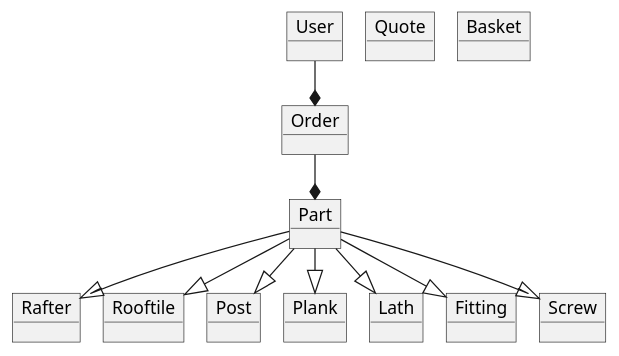
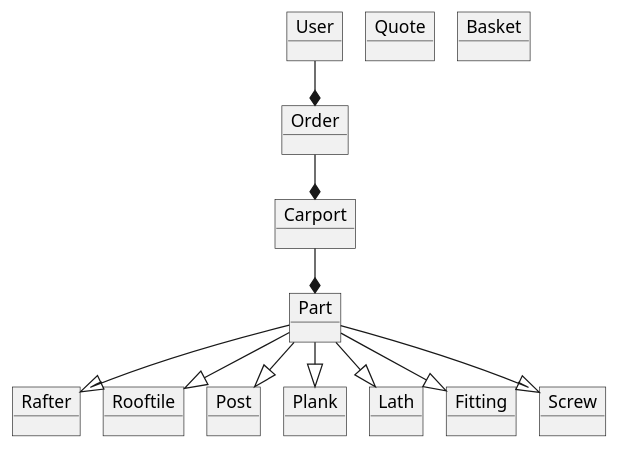
Before and after one commit to Bojuuh/carport: the diagram in Carport/doc/domainModel.puml, drawn with PlantUML.

Commit message:
domainmodel + classdiagram v1

```diff
--- a/Carport/doc/domainModel.puml
+++ b/Carport/doc/domainModel.puml
@@ -1,28 +1,30 @@
 @startuml
 !pragma layout smetana
 
 Object User
 Object Part
 Object Order
 Object Quote
 Object Rafter
 Object Rooftile
 Object Post
 Object Plank
 Object Lath
 Object Fitting
 Object Screw
 Object Basket
+Object Carport
 
 User --* Order
-Order --* Part
+Order --* Carport
+Carport --* Part
 Part --|> Rafter
 Part --|> Rooftile
 Part --|> Post
 Part --|> Plank
 Part --|> Lath
 Part --|> Fitting
 Part --|> Screw
 
 
 @enduml
```
